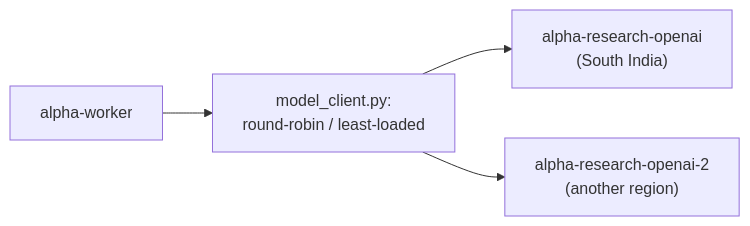
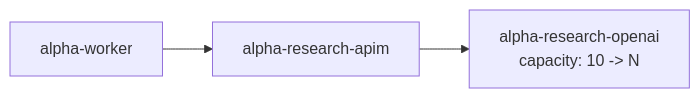
The fourth of 5 diagrams in book/chapter-05-multi-agent.md (jovinod/agenticAI), drawn with Mermaid before and after one commit. The commit also changed other lines of this file and 3 other files, not shown here.

````diff
--- a/book/chapter-05-multi-agent.md
+++ b/book/chapter-05-multi-agent.md
@@ -264,6 +269,4 @@
 ```mermaid
 flowchart LR
-    Worker["alpha-worker"] --> LB["model_client.py:<br/>round-robin / least-loaded"]
-    LB --> A["alpha-research-openai<br/>(South India)"]
-    LB --> B["alpha-research-openai-2<br/>(another region)"]
+    Worker["alpha-worker"] --> APIM["alpha-research-apim"] --> OpenAI["alpha-research-openai<br/>capacity: 10 -> N"]
 ```
````
